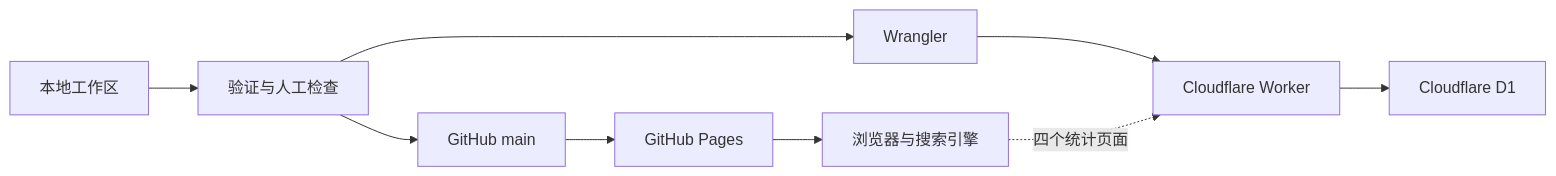
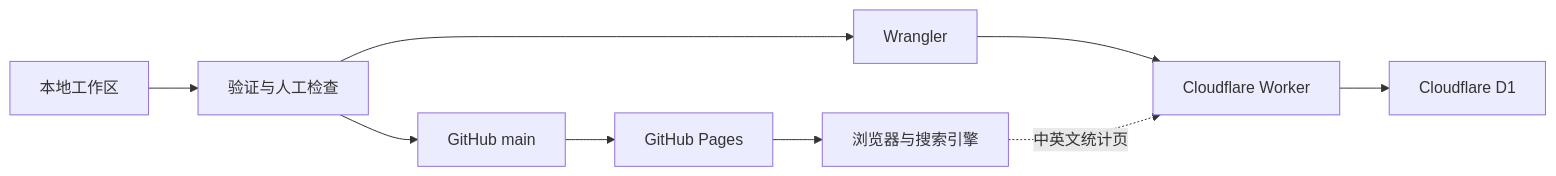
The diagram in docs/operations.md (Yan-ShiBo/Yan-ShiBo.github.io), drawn with Mermaid before and after one commit. The commit also changed other lines of this file and 19 other files, not shown here.

````diff
--- a/docs/operations.md
+++ b/docs/operations.md
@@ -9,11 +9,11 @@
 ```mermaid
 flowchart LR
     Local["本地工作区"] --> Verify["验证与人工检查"]
     Verify --> Main["GitHub main"]
     Main --> Pages["GitHub Pages"]
     Pages --> User["浏览器与搜索引擎"]
     Verify --> Wrangler["Wrangler"]
     Wrangler --> Worker["Cloudflare Worker"]
     Worker --> D1["Cloudflare D1"]
-    User -. "四个统计页面" .-> Worker
+    User -. "中英文统计页" .-> Worker
 ```
````
